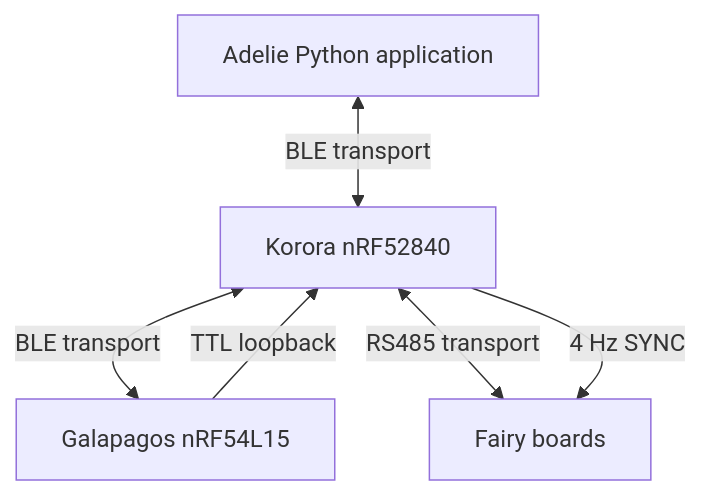
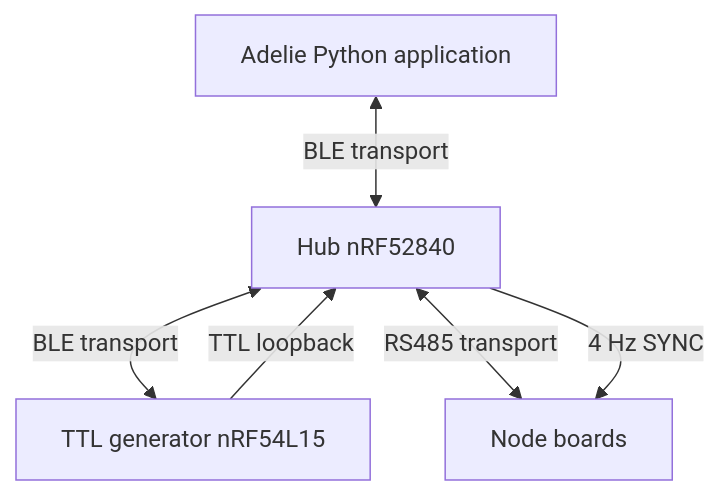
Before and after one commit to stef1029/trilab-floating-platform: the diagram in firmware/README.md, drawn with Mermaid. The commit also changed other lines of this file and 286 other files, not shown here.

````diff
--- a/firmware/README.md
+++ b/firmware/README.md
@@ -24,8 +36,8 @@
 ```mermaid
 flowchart TD
-    A["Adelie Python application"] <-->|"BLE transport"| K["Korora nRF52840"]
-    K <-->|"BLE transport"| G["Galapagos nRF54L15"]
-    K <-->|"RS485 transport"| F["Fairy boards"]
+    A["Adelie Python application"] <-->|"BLE transport"| K["Hub nRF52840"]
+    K <-->|"BLE transport"| G["TTL generator nRF54L15"]
+    K <-->|"RS485 transport"| F["Node boards"]
     K -->|"4 Hz SYNC"| F
     G -->|"TTL loopback"| K
 ```
````
